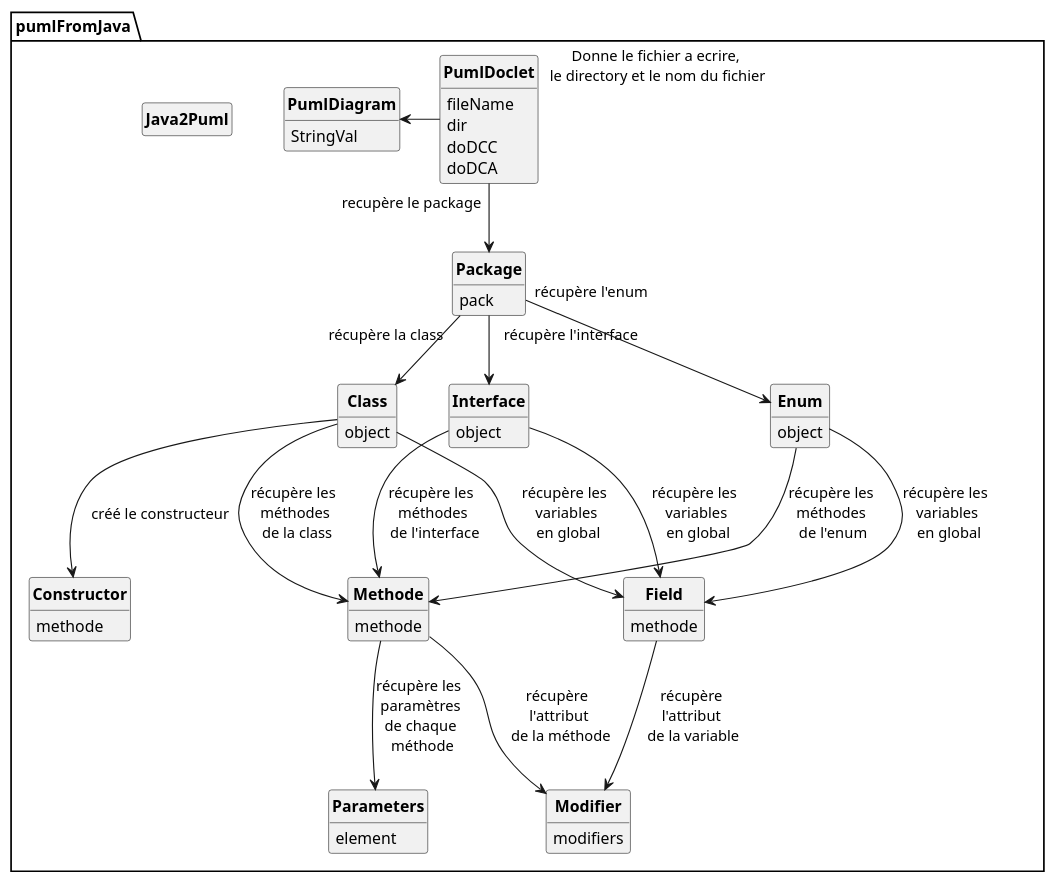
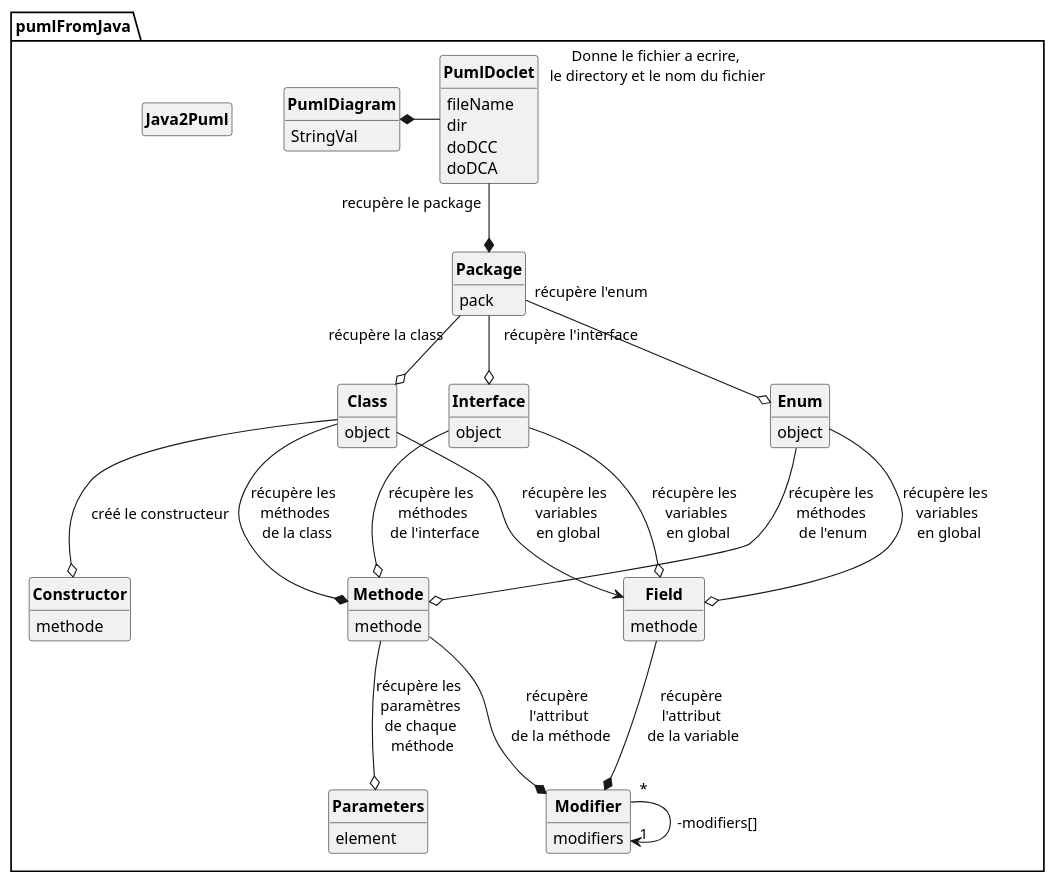
The diagram in puml/DiagrammesCodeEleve/DcaCodeEleve.puml (D3B1RUM4N/PumlFromJava), drawn with PlantUML before and after one commit. The commit also changed 4 other files, not shown here.

Commit message:
Diagrammes agrégations et compositionsÃ

```diff
--- a/puml/DiagrammesCodeEleve/DcaCodeEleve.puml
+++ b/puml/DiagrammesCodeEleve/DcaCodeEleve.puml
@@ -1,91 +1,96 @@
 @startuml
 
 'UML GENERE PAR CODE :)
 
 skinparam style strictuml
 skinparam classAttributeIconSize 0
 skinparam classFontStyle Bold
 hide empty members
 
 PACKAGE pumlFromJava{
 class PumlDiagram{
         StringVal
     }
 
     class Java2Puml{
 
     }
     class PumlDoclet {
         fileName
         dir
         doDCC
         doDCA
     }
 
 
     class Package{
         pack
     }
 
     class Class{
         object
 
     }
 
     class Field{
         methode
 
     }
 
     class Enum{
         object
 
     }
 
     class Interface{
         object
     }
 
     class Constructor{
         methode
 
     }
 
     class Methode{
         methode
 
 
     }
 
     class Modifier {
              modifiers
         }
 
     class Parameters {
         element
 
     }
 
-PumlDoclet "recupère le package" --> Package
+PumlDoclet "recupère le package" --* Package
 
-Package "récupère la class" --> Class
-Package "récupère l'interface" --> Interface
-Package "récupère l'enum" --> Enum
+Package "récupère la class" --o Class
+Package "récupère l'interface" --o Interface
+Package "récupère l'enum" --o Enum
 
 Class  --> Field : récupère les \nvariables\n en global
-Interface  --> Field : récupère les \nvariables\n en global
-Enum  --> Field : récupère les \nvariables\n en global
 
-PumlDoclet "Donne le fichier a ecrire,\n le directory et le nom du fichier" ---l-> PumlDiagram
-Class --> Constructor : créé le constructeur
+PumlDoclet "Donne le fichier a ecrire,\n le directory et le nom du fichier" ---l-* PumlDiagram
 
-Interface --> Methode : récupère les \nméthodes\n de l'interface
-Class --> Methode : récupère les \nméthodes\n de la class
-Enum --> Methode : récupère les \nméthodes \nde l'enum
+Class --o Constructor : créé le constructeur
+Class --* Methode : récupère les \nméthodes\n de la class
 
-Methode --> Parameters : récupère les \nparamètres\nde chaque\n méthode
-Methode --> Modifier : récupère \nl'attribut\n de la méthode
-Field --> Modifier : récupère \nl'attribut \nde la variable
+Interface --o Methode : récupère les \nméthodes\n de l'interface
+Interface  --o Field : récupère les \nvariables\n en global
+
+Enum --o Methode : récupère les \nméthodes \nde l'enum
+Enum  --o Field : récupère les \nvariables\n en global
+
+Methode --o Parameters : récupère les \nparamètres\nde chaque\n méthode
+
+Methode --* Modifier : récupère \nl'attribut\n de la méthode
+Field --* Modifier : récupère \nl'attribut \nde la variable
+
+Modifier "*"-->"1" Modifier : -modifiers[]
 
 }
 @enduml
```
